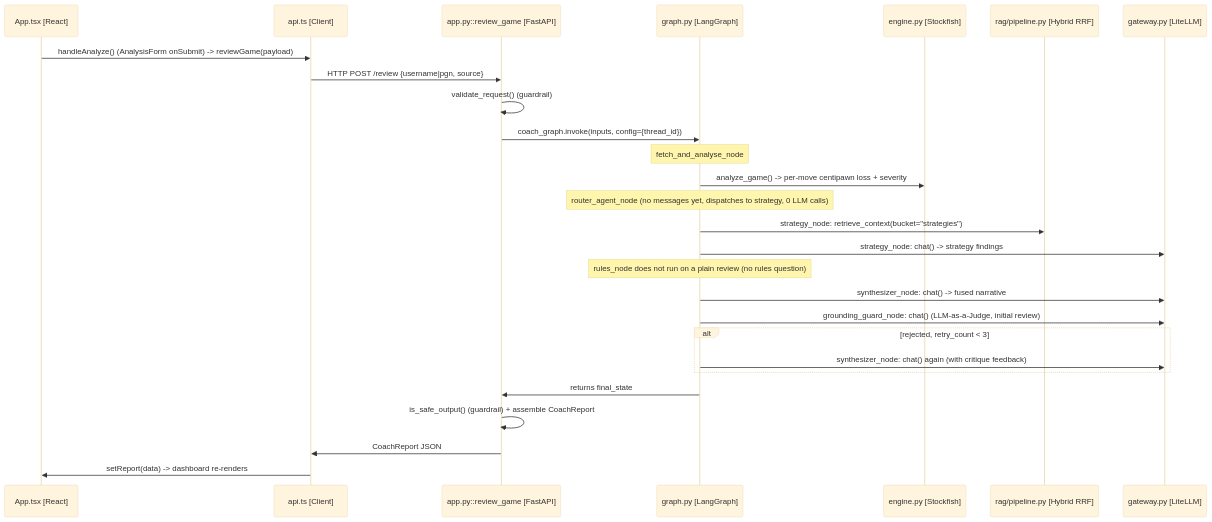
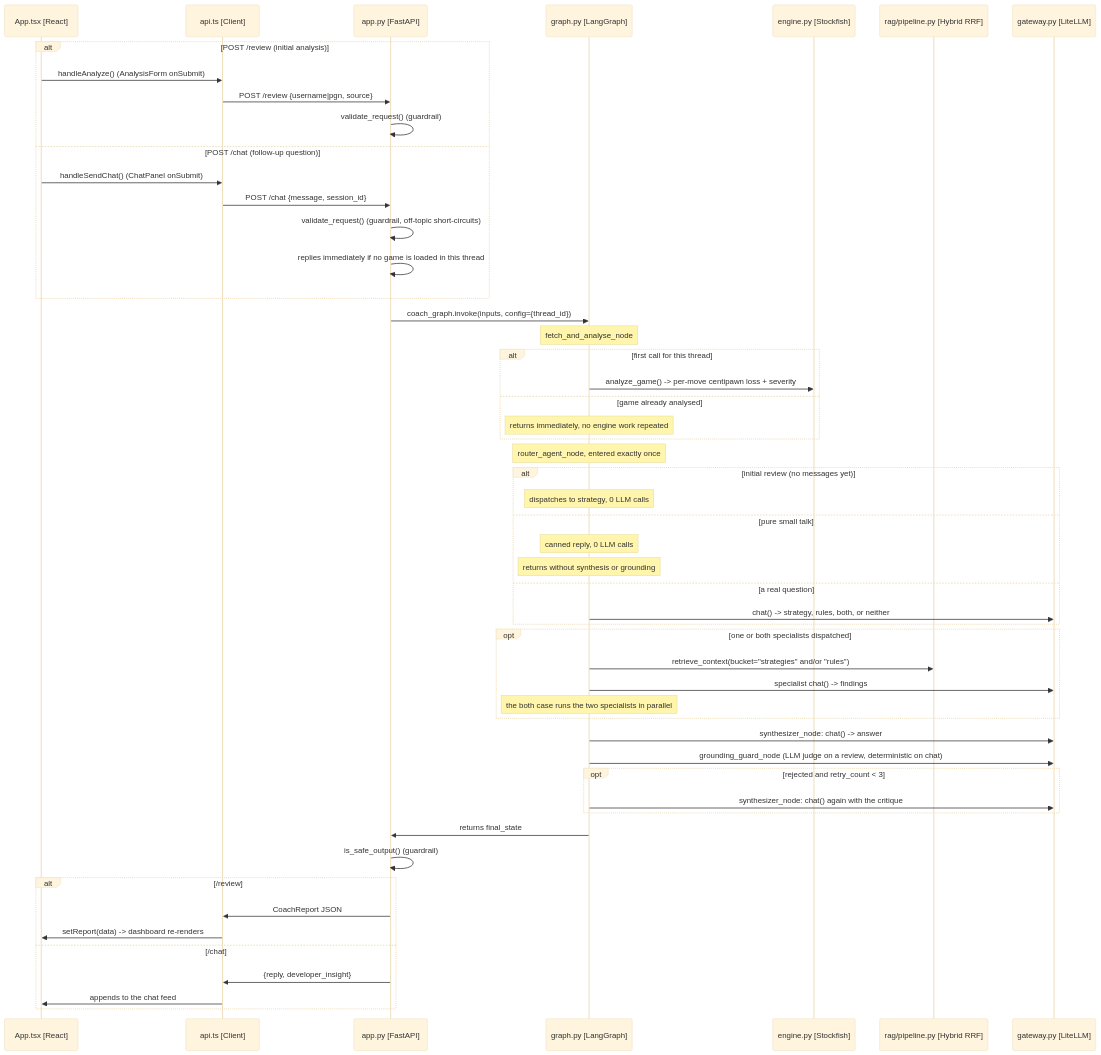
The fourth of 6 diagrams in docs/ARCHITECTURE.md (rakeshnetdev/AIEC01_CERT_CHLG_GRANDMATE), drawn with Mermaid (base theme) before and after one commit. The commit also changed other lines of this file and 1 other file, not shown here.

Commit message:
docs: merge the two request-lifecycle sequences into one
Flow A and Flow B were separate sequence diagrams with identical participants
and, after the router rewrite, the same pipeline underneath. /review starts a
thread and /chat continues it; what differs is what the router finds in state,
not which nodes run. Two diagrams implied two pipelines.

Combining them exposed an inaccuracy in the old Flow B: it began at the router
and omitted fetch_and_analyse entirely, even though that node is the graph's
entry point and is entered on every invocation. The combined diagram shows it,
with the branch that returns immediately when the game is already analysed.

The merged sequence keeps every distinction the split version carried:
different endpoints and guardrails, the chat-only early reply when no game is
loaded, the three router outcomes and their LLM cost, the parallel both case,
the differing grounding mode, and the two response shapes.

diagrams/request-lifecycle.md is now generated from the same block as the copy
in ARCHITECTURE.md, and the two are verified byte-identical, so they cannot
drift apart as the previous pair had.

Submodule pointer advanced for the issue 1.2 correction.

````diff
--- a/docs/ARCHITECTURE.md
+++ b/docs/ARCHITECTURE.md
@@ -204,30 +205,62 @@
 ```mermaid
 sequenceDiagram
     participant UI as App.tsx [React]
     participant Client as api.ts [Client]
-    participant API as app.py::review_game [FastAPI]
+    participant API as app.py [FastAPI]
     participant Graph as graph.py [LangGraph]
     participant Eng as engine.py [Stockfish]
     participant RAG as rag/pipeline.py [Hybrid RRF]
     participant GW as gateway.py [LiteLLM]
 
-    UI->>Client: handleAnalyze() (AnalysisForm onSubmit) -> reviewGame(payload)
-    Client->>API: HTTP POST /review {username|pgn, source}
-    API->>API: validate_request() (guardrail)
+    alt POST /review (initial analysis)
+        UI->>Client: handleAnalyze() (AnalysisForm onSubmit)
+        Client->>API: POST /review {username|pgn, source}
+        API->>API: validate_request() (guardrail)
+    else POST /chat (follow-up question)
+        UI->>Client: handleSendChat() (ChatPanel onSubmit)
+        Client->>API: POST /chat {message, session_id}
+        API->>API: validate_request() (guardrail, off-topic short-circuits)
+        API->>API: replies immediately if no game is loaded in this thread
+    end
+
     API->>Graph: coach_graph.invoke(inputs, config={thread_id})
+
     Note over Graph: fetch_and_analyse_node
-    Graph->>Eng: analyze_game() -> per-move centipawn loss + severity
-    Note over Graph: router_agent_node (no messages yet, dispatches to strategy, 0 LLM calls)
-    Graph->>RAG: strategy_node: retrieve_context(bucket="strategies")
-    Graph->>GW: strategy_node: chat() -> strategy findings
-    Note over Graph: rules_node does not run on a plain review (no rules question)
-    Graph->>GW: synthesizer_node: chat() -> fused narrative
-    Graph->>GW: grounding_guard_node: chat() (LLM-as-a-Judge, initial review)
-    alt rejected, retry_count < 3
-        Graph->>GW: synthesizer_node: chat() again (with critique feedback)
+    alt first call for this thread
+        Graph->>Eng: analyze_game() -> per-move centipawn loss + severity
+    else game already analysed
+        Note over Graph: returns immediately, no engine work repeated
     end
+
+    Note over Graph: router_agent_node, entered exactly once
+    alt initial review (no messages yet)
+        Note over Graph: dispatches to strategy, 0 LLM calls
+    else pure small talk
+        Note over Graph: canned reply, 0 LLM calls
+        Note over Graph: returns without synthesis or grounding
+    else a real question
+        Graph->>GW: chat() -> strategy, rules, both, or neither
+    end
+
+    opt one or both specialists dispatched
+        Graph->>RAG: retrieve_context(bucket="strategies" and/or "rules")
+        Graph->>GW: specialist chat() -> findings
+        Note over Graph: the both case runs the two specialists in parallel
+    end
+
+    Graph->>GW: synthesizer_node: chat() -> answer
+    Graph->>GW: grounding_guard_node (LLM judge on a review, deterministic on chat)
+    opt rejected and retry_count < 3
+        Graph->>GW: synthesizer_node: chat() again with the critique
+    end
+
     Graph->>API: returns final_state
-    API->>API: is_safe_output() (guardrail) + assemble CoachReport
-    API->>Client: CoachReport JSON
-    Client->>UI: setReport(data) -> dashboard re-renders
+    API->>API: is_safe_output() (guardrail)
+    alt /review
+        API->>Client: CoachReport JSON
+        Client->>UI: setReport(data) -> dashboard re-renders
+    else /chat
+        API->>Client: {reply, developer_insight}
+        Client->>UI: appends to the chat feed
+    end
 ```
````
